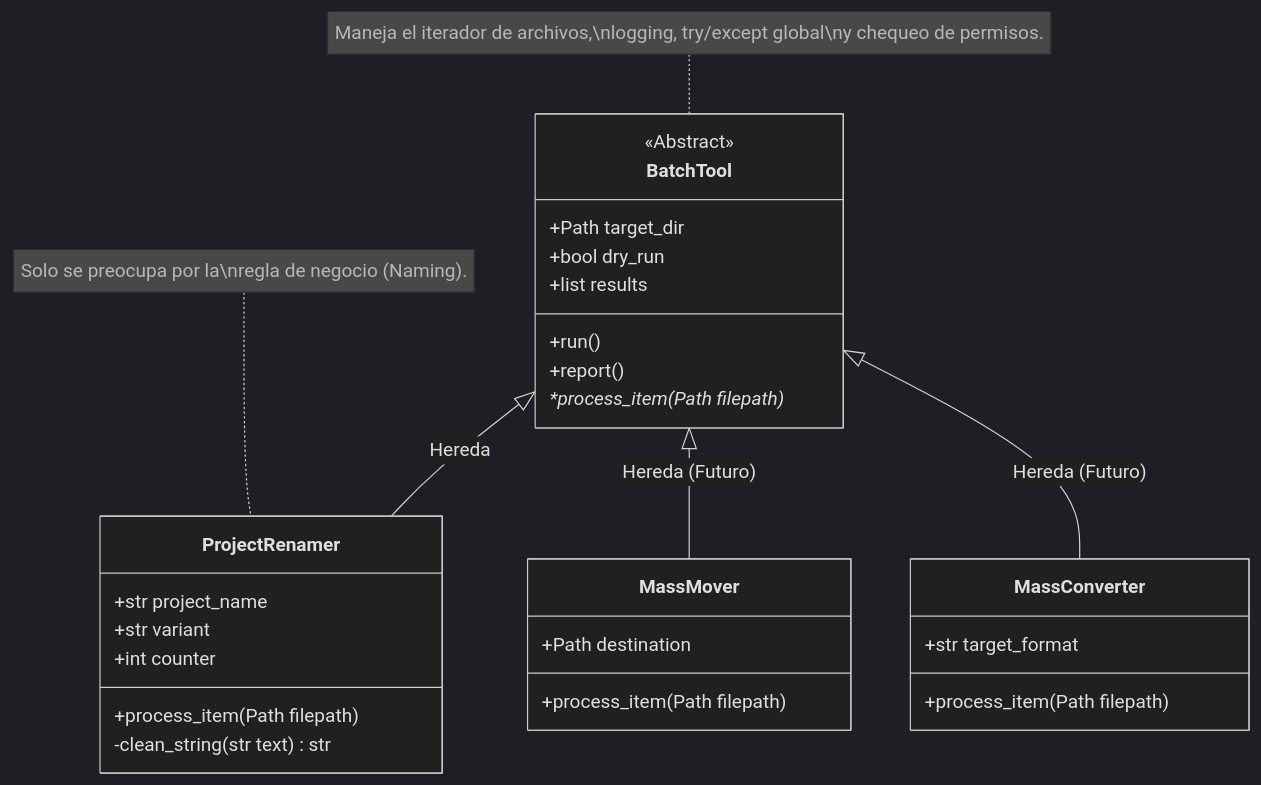
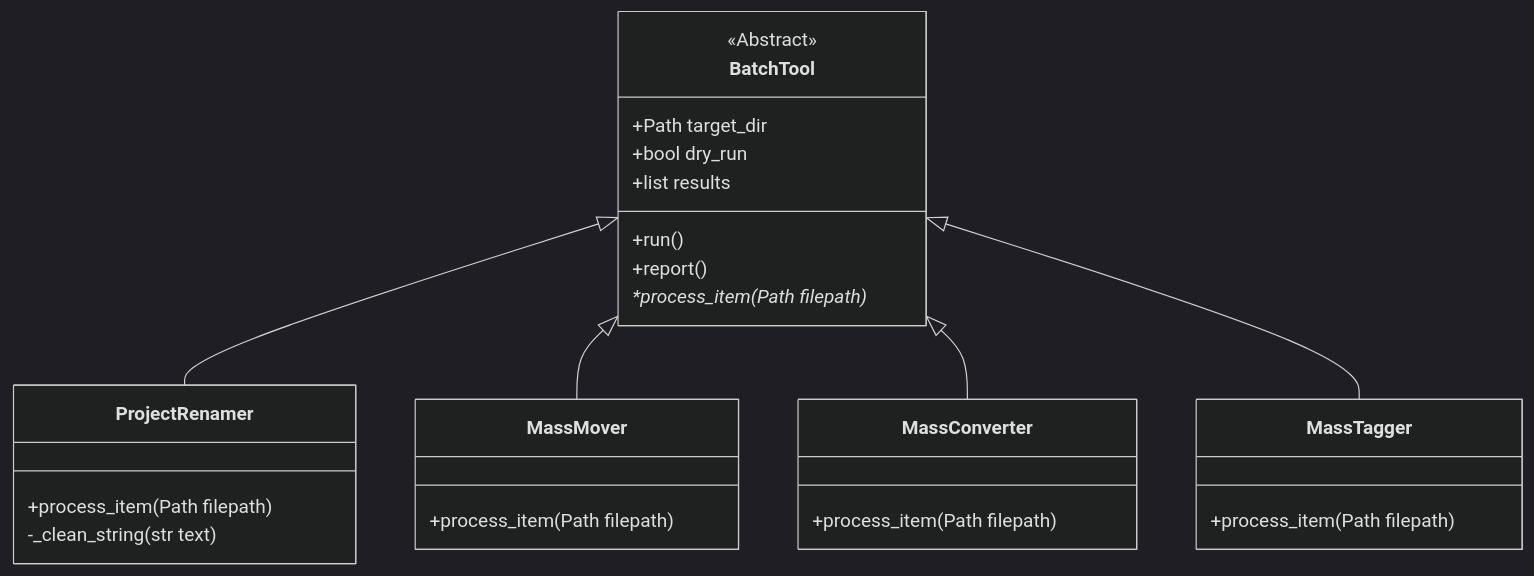
One commit to facu041294/Tech_Art_Facundo_Villarreal changed the diagram in Fase_2/Semana_1/F2-W1-3/README.md. Above: the diagram before and after it, drawn with Mermaid (dark theme). The commit also changed other lines of this file and 6 other files, not shown here.

````diff
--- a/Fase_2/Semana_1/F2-W1-3/README.md
+++ b/Fase_2/Semana_1/F2-W1-3/README.md
@@ -13,37 +15,34 @@
 ```mermaid
 classDiagram
     class BatchTool {
         <<Abstract>>
         +Path target_dir
         +bool dry_run
         +list results
         +run()
         +report()
         *process_item(Path filepath)*
     }
 
     class ProjectRenamer {
-        +str project_name
-        +str variant
-        +int counter
         +process_item(Path filepath)
-        -clean_string(str text) str
+        -_clean_string(str text)
     }
 
     class MassMover {
-        +Path destination
         +process_item(Path filepath)
     }
 
     class MassConverter {
-        +str target_format
         +process_item(Path filepath)
     }
 
-    BatchTool <|-- ProjectRenamer : Hereda
-    BatchTool <|-- MassMover : Hereda (Futuro)
-    BatchTool <|-- MassConverter : Hereda (Futuro)
-    
-    note for BatchTool "Maneja el iterador de archivos,\nlogging, try/except global\ny chequeo de permisos."
-    note for ProjectRenamer "Solo se preocupa por la\nregla de negocio (Naming)."
+    class MassTagger {
+        +process_item(Path filepath)
+    }
+
+    BatchTool <|-- ProjectRenamer
+    BatchTool <|-- MassMover
+    BatchTool <|-- MassConverter
+    BatchTool <|-- MassTagger
 ```
````
